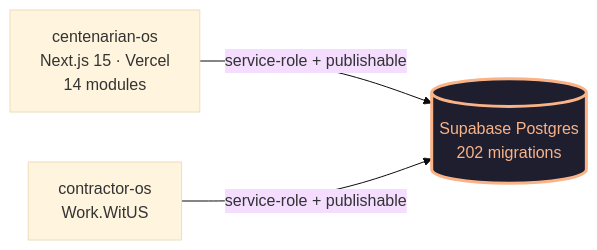
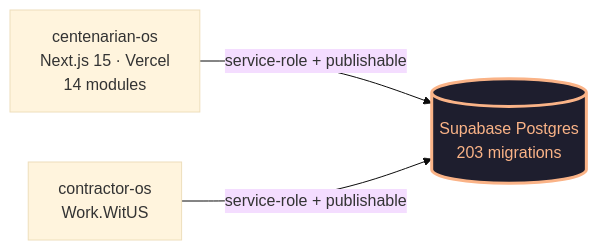
The diagram in README.md (dapperAuteur/centenarian-os), drawn with Mermaid (base theme) before and after one commit. The commit also changed other lines of this file and 15 other files, not shown here.

````diff
--- a/README.md
+++ b/README.md
@@ -27,12 +27,12 @@
 ```mermaid
 flowchart LR
   classDef shared fill:#1e1e2e,stroke:#fab387,color:#fab387,stroke-width:3px
   classDef external fill:#11111b,stroke:#a6adc8,color:#a6adc8
 
   CentOS[centenarian-os<br/>Next.js 15 · Vercel<br/>14 modules]
   Contractor[contractor-os<br/>Work.WitUS]
-  DB[(Supabase Postgres<br/>202 migrations)]:::shared
+  DB[(Supabase Postgres<br/>203 migrations)]:::shared
 
   CentOS -->|service-role + publishable| DB
   Contractor -->|service-role + publishable| DB
 ```
````
